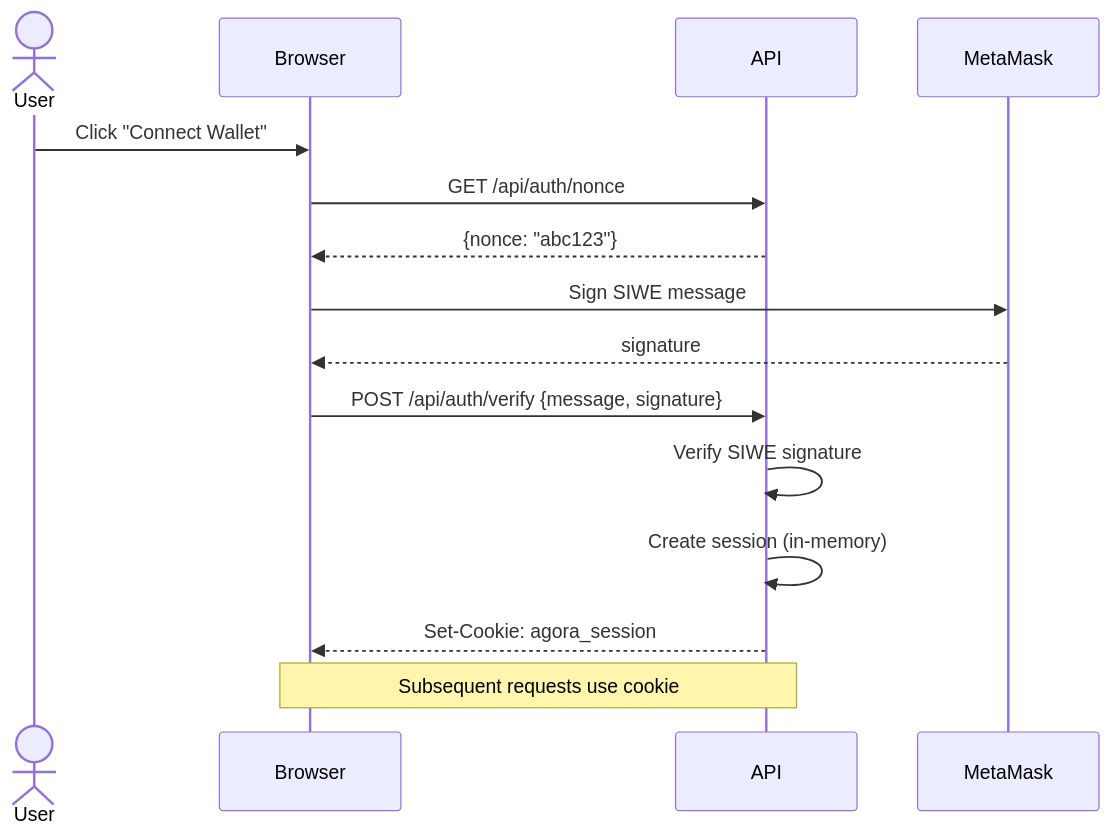
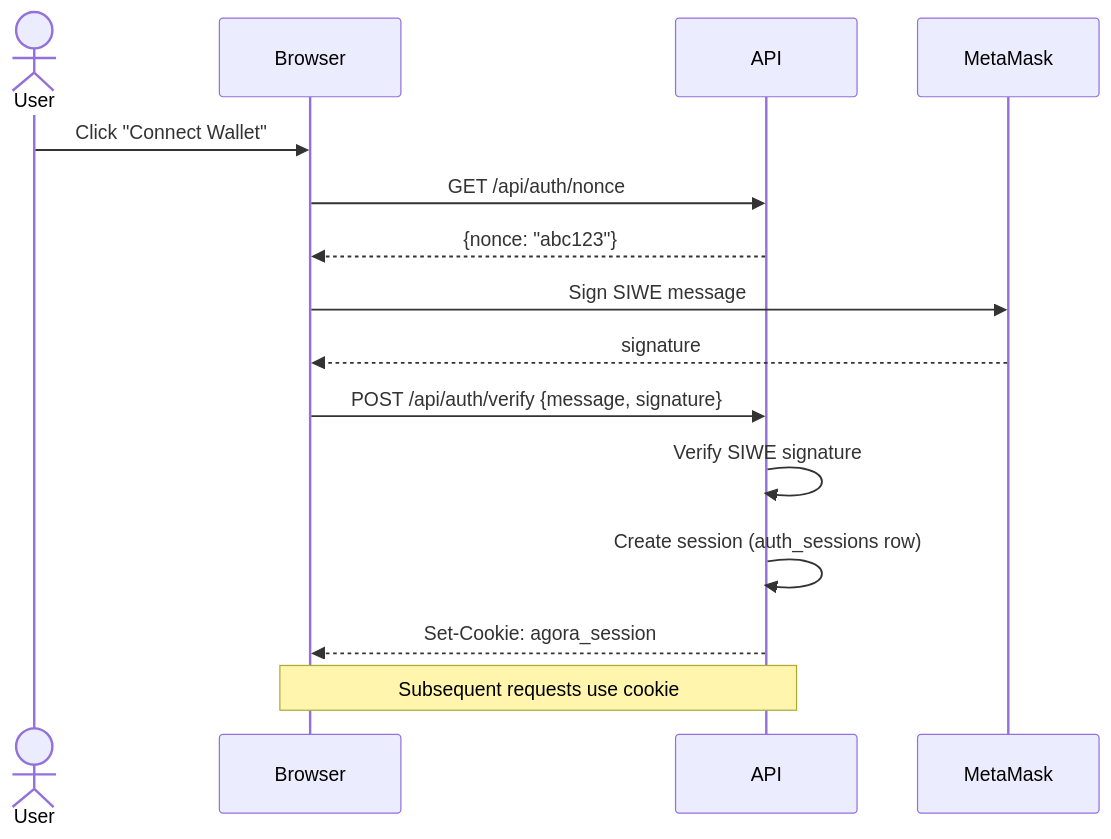
Diagram 13 of 15 in docs/architecture.md (andymolecule/Hermes), drawn with Mermaid before and after one commit. The commit also changed other lines of this file and 51 other files, not shown here.

Commit message:
refactor: tighten projection boundaries and baseline schema

````diff
--- a/docs/architecture.md
+++ b/docs/architecture.md
@@ -545,18 +563,18 @@
 ```mermaid
 sequenceDiagram
     actor User
     participant Browser
     participant API
     participant Wallet as MetaMask
 
     User->>Browser: Click "Connect Wallet"
     Browser->>API: GET /api/auth/nonce
     API-->>Browser: {nonce: "abc123"}
     Browser->>Wallet: Sign SIWE message
     Wallet-->>Browser: signature
     Browser->>API: POST /api/auth/verify {message, signature}
     API->>API: Verify SIWE signature
-    API->>API: Create session (in-memory)
+    API->>API: Create session (auth_sessions row)
     API-->>Browser: Set-Cookie: agora_session
     Note over Browser,API: Subsequent requests use cookie
 ```
````
